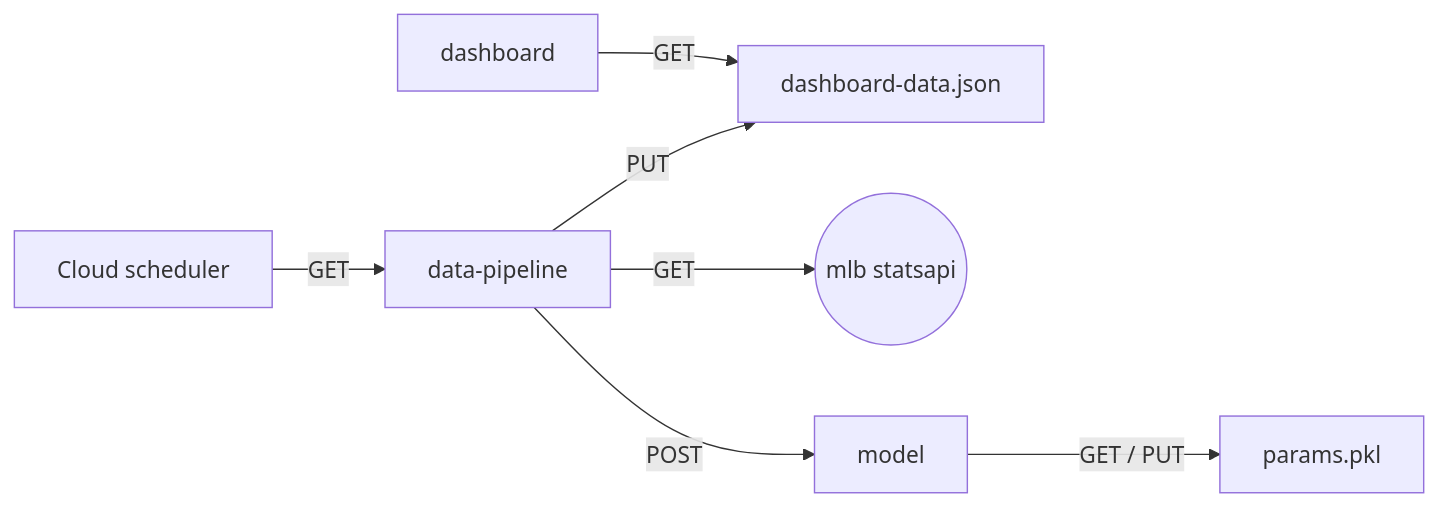
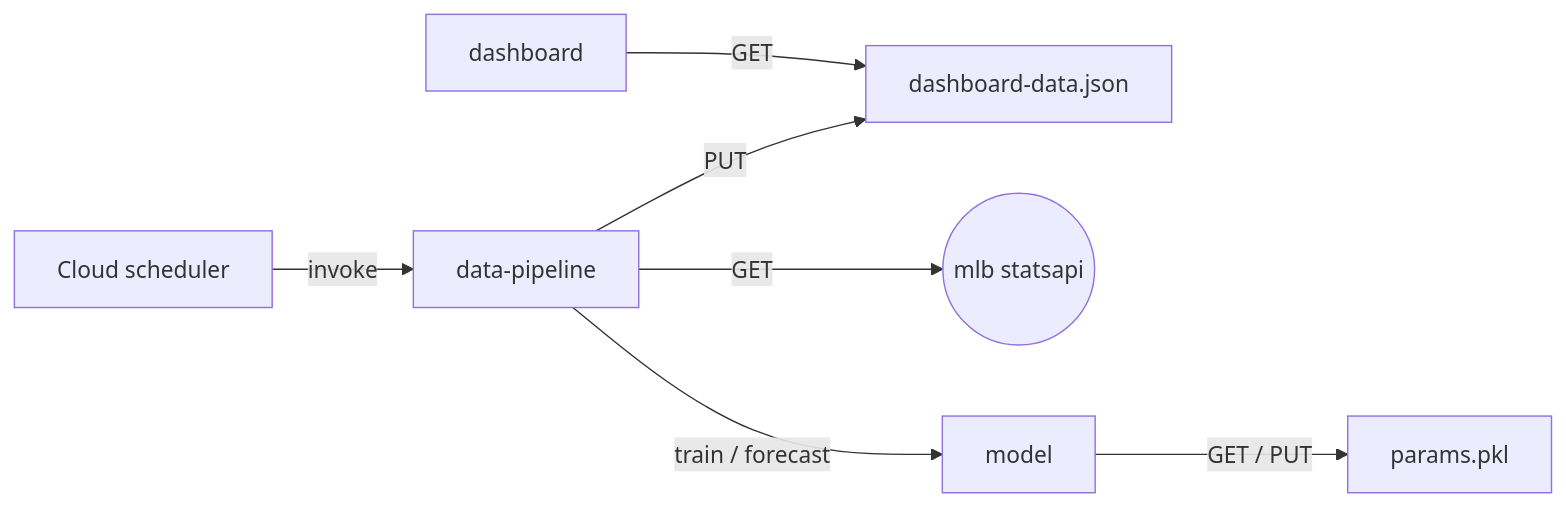
Before and after one commit to lanejere5/mlb: the diagram in README.md, drawn with Mermaid.

````diff
--- a/README.md
+++ b/README.md
@@ -16,9 +16,9 @@
 ```mermaid
   graph LR
     A[dashboard] -- GET --> B[dashboard-data.json]
     C[data-pipeline] -- PUT --> B
     C -- GET --> D((mlb statsapi))
-    C -- POST --> E[model]
+    C -- train / forecast --> E[model]
     E -- GET / PUT --> F[params.pkl]
-    G[Cloud scheduler] -- GET --> C
+    G[Cloud scheduler] -- invoke --> C
 ```
````
